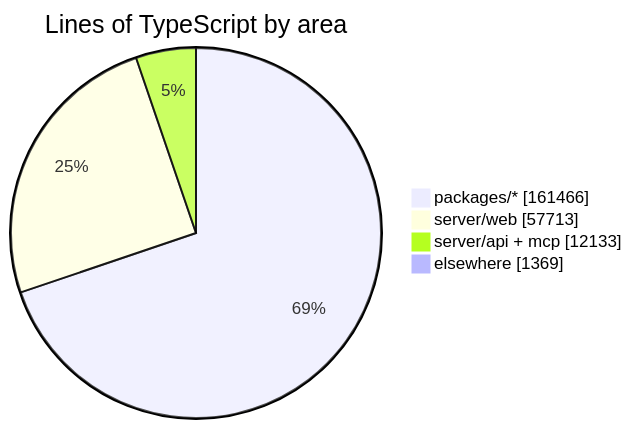
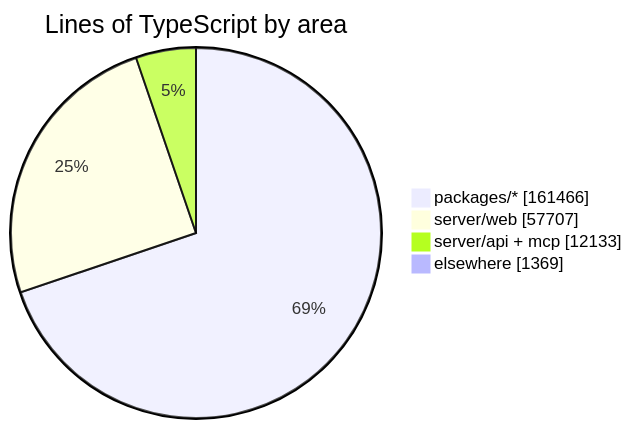
Before and after one commit to crossworks-engineering/mantle: the diagram in README.md, drawn with Mermaid. The commit also changed other lines of this file and 2 other files, not shown here.

````diff
--- a/README.md
+++ b/README.md
@@ -279,7 +279,7 @@
 ```mermaid
 pie showData title Lines of TypeScript by area
     "packages/*" : 161466
-    "server/web" : 57713
+    "server/web" : 57707
     "server/api + mcp" : 12133
     "elsewhere" : 1369
 ```
````
